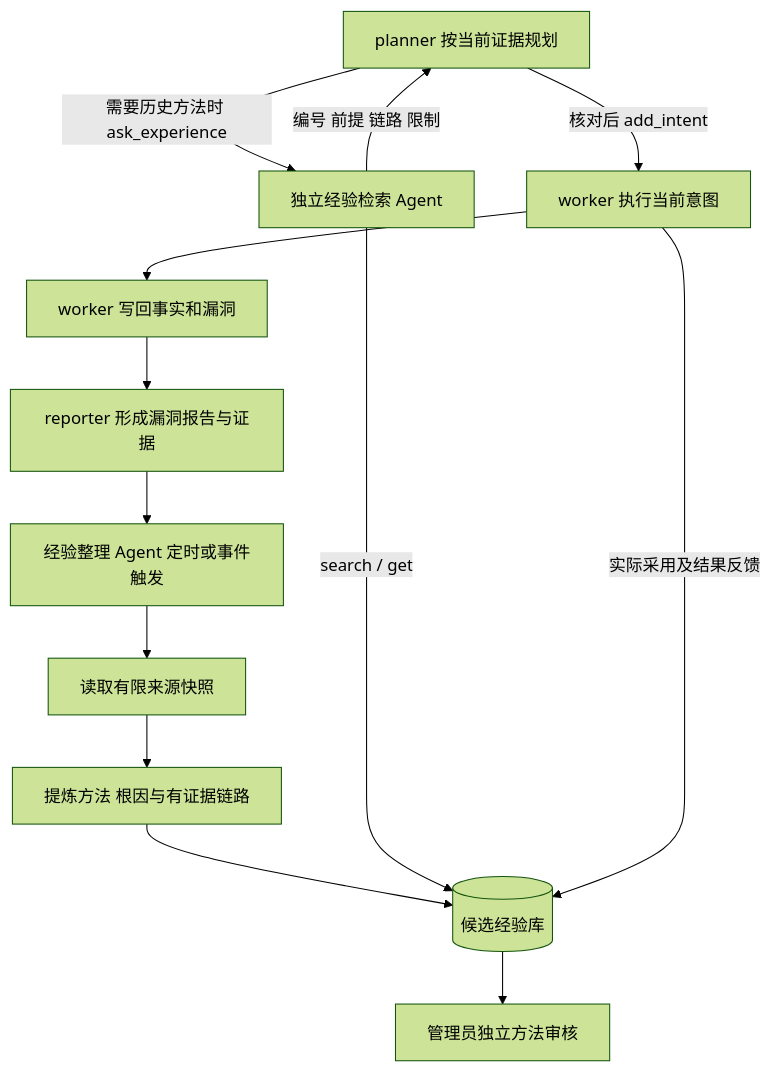
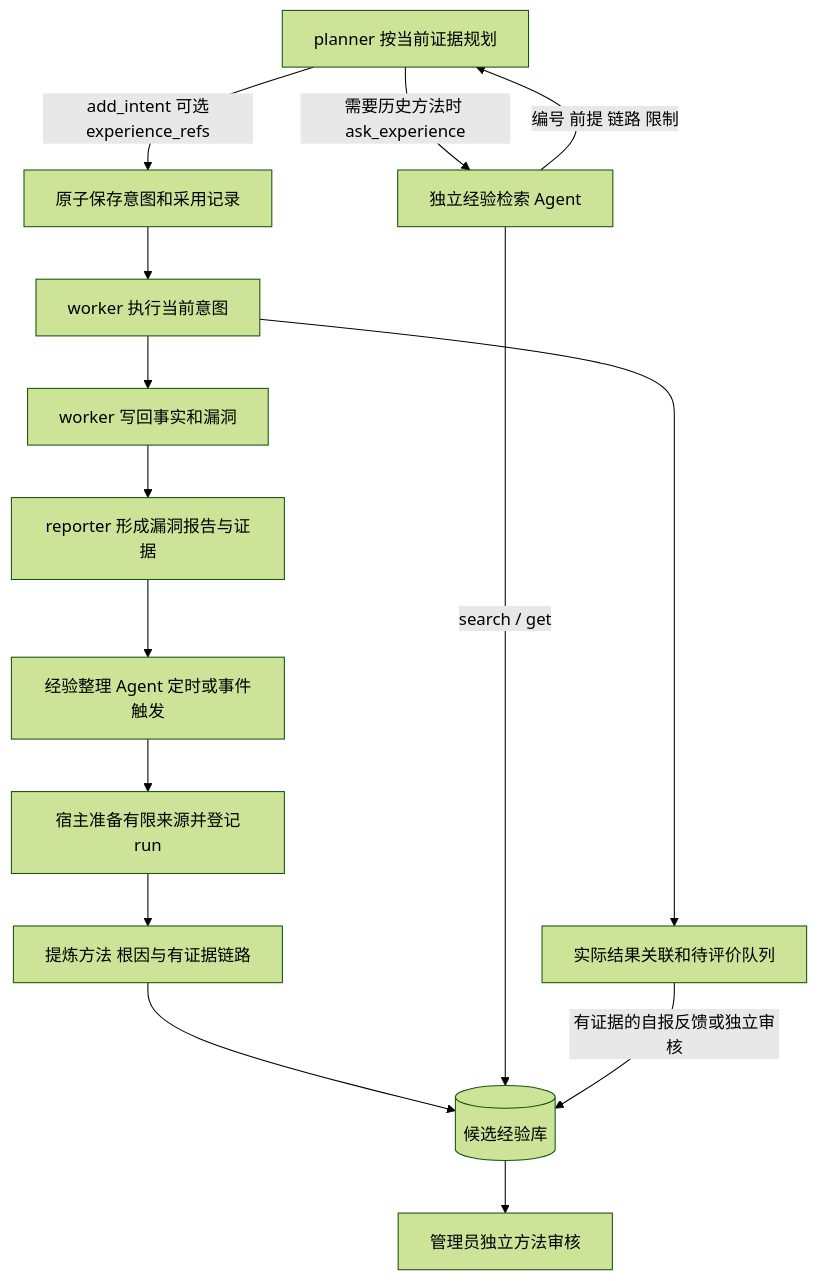
Before and after one commit to ling101w/bterx: the diagram in extensions/experience/README.md, drawn with Mermaid (forest theme). The commit also changed other lines of this file and 38 other files, not shown here.

````diff
--- a/extensions/experience/README.md
+++ b/extensions/experience/README.md
@@ -27,15 +29,17 @@
 ```mermaid
 flowchart TD
     A[worker 写回事实和漏洞] --> B[reporter 形成漏洞报告与证据]
     B --> C[经验整理 Agent 定时或事件触发]
-    C --> D[读取有限来源快照]
+    C --> D[宿主准备有限来源并登记run]
     D --> E[提炼方法 根因与有证据链路]
     E --> F[(候选经验库)]
     F --> G[管理员独立方法审核]
     P[planner 按当前证据规划] -->|需要历史方法时 ask_experience| R[独立经验检索 Agent]
     R -->|search / get| F
     R -->|编号 前提 链路 限制| P
-    P -->|核对后 add_intent| W[worker 执行当前意图]
+    P -->|add_intent 可选experience_refs| L[原子保存意图和采用记录]
+    L --> W[worker 执行当前意图]
     W --> A
-    W -->|实际采用及结果反馈| F
+    W --> Q[实际结果关联和待评价队列]
+    Q -->|有证据的自报反馈或独立审核| F
 ```
````
